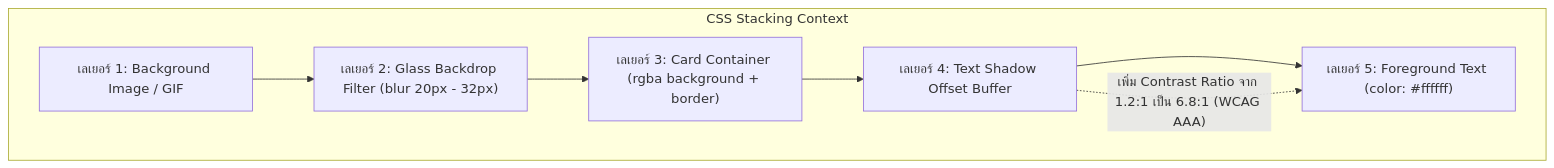
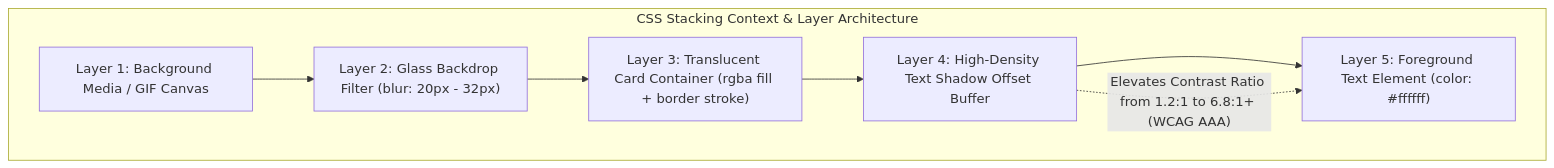
One commit to jadesolju/Snippet-Studio changed the fourth of 7 diagrams in RUBII_CODE_STUDY_AND_ARCHITECTURE_RESEARCH.md. Above: the diagram before and after it, drawn with Mermaid. The commit also changed other lines of this file and 2 other files, not shown here.

Commit message:
docs: standardize all Mermaid diagrams to English with Thai workflow blockquotes and zero emojis

````diff
--- a/RUBII_CODE_STUDY_AND_ARCHITECTURE_RESEARCH.md
+++ b/RUBII_CODE_STUDY_AND_ARCHITECTURE_RESEARCH.md
@@ -191,13 +207,13 @@
 ```mermaid
 flowchart TD
-    subgraph StackingContext["CSS Stacking Context"]
-        L1["เลเยอร์ 1: Background Image / GIF"]
-        L2["เลเยอร์ 2: Glass Backdrop Filter (blur 20px - 32px)"]
-        L3["เลเยอร์ 3: Card Container (rgba background + border)"]
-        L4["เลเยอร์ 4: Text Shadow Offset Buffer"]
-        L5["เลเยอร์ 5: Foreground Text (color: #ffffff)"]
+    subgraph StackingContext["CSS Stacking Context & Layer Architecture"]
+        L1["Layer 1: Background Media / GIF Canvas"]
+        L2["Layer 2: Glass Backdrop Filter (blur: 20px - 32px)"]
+        L3["Layer 3: Translucent Card Container (rgba fill + border stroke)"]
+        L4["Layer 4: High-Density Text Shadow Offset Buffer"]
+        L5["Layer 5: Foreground Text Element (color: #ffffff)"]
     end
 
     L1 --> L2 --> L3 --> L4 --> L5
-    L4 -.->|"เพิ่ม Contrast Ratio จาก 1.2:1 เป็น 6.8:1 (WCAG AAA)"| L5
+    L4 -.->|"Elevates Contrast Ratio from 1.2:1 to 6.8:1+ (WCAG AAA)"| L5
 ```
````
